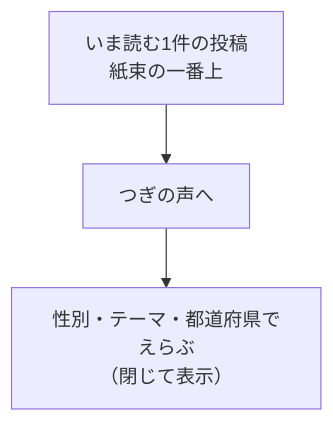
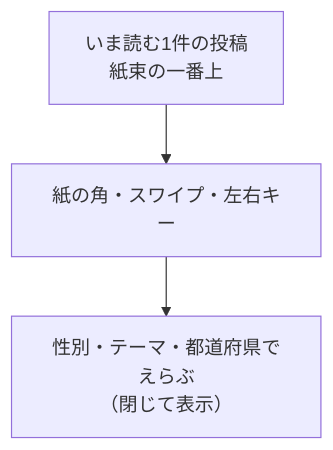
The diagram in docs/requirements/screens/feed.md (Digix00/58-Hackathon-202609), drawn with Mermaid before and after one commit. The commit also changed other lines of this file and 18 other files, not shown here.

````diff
--- a/docs/requirements/screens/feed.md
+++ b/docs/requirements/screens/feed.md
@@ -9,8 +9,8 @@
 ```mermaid
 flowchart TB
   Card["いま読む1件の投稿<br/>紙束の一番上"]
-  Next["つぎの声へ"]
+  Turn["紙の角・スワイプ・左右キー"]
   Filters["性別・テーマ・都道府県でえらぶ<br/>（閉じて表示）"]
 
-  Card --> Next --> Filters
+  Card --> Turn --> Filters
 ```
````
